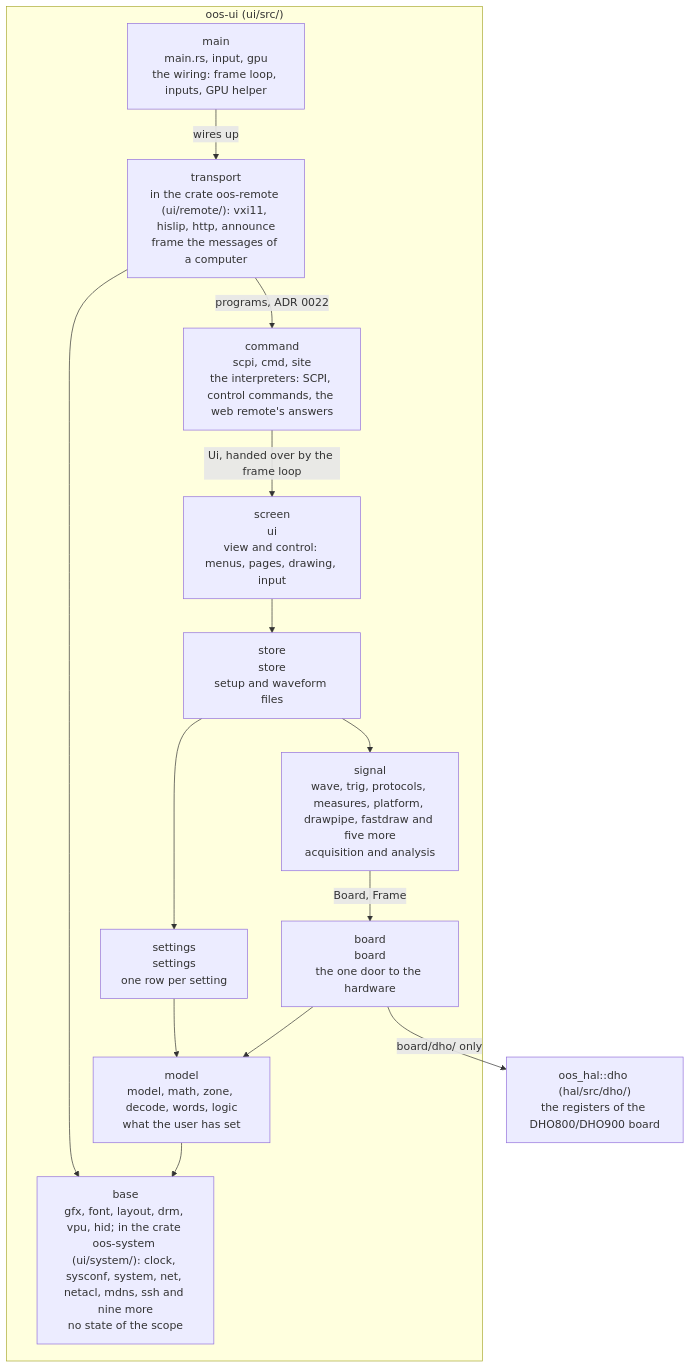
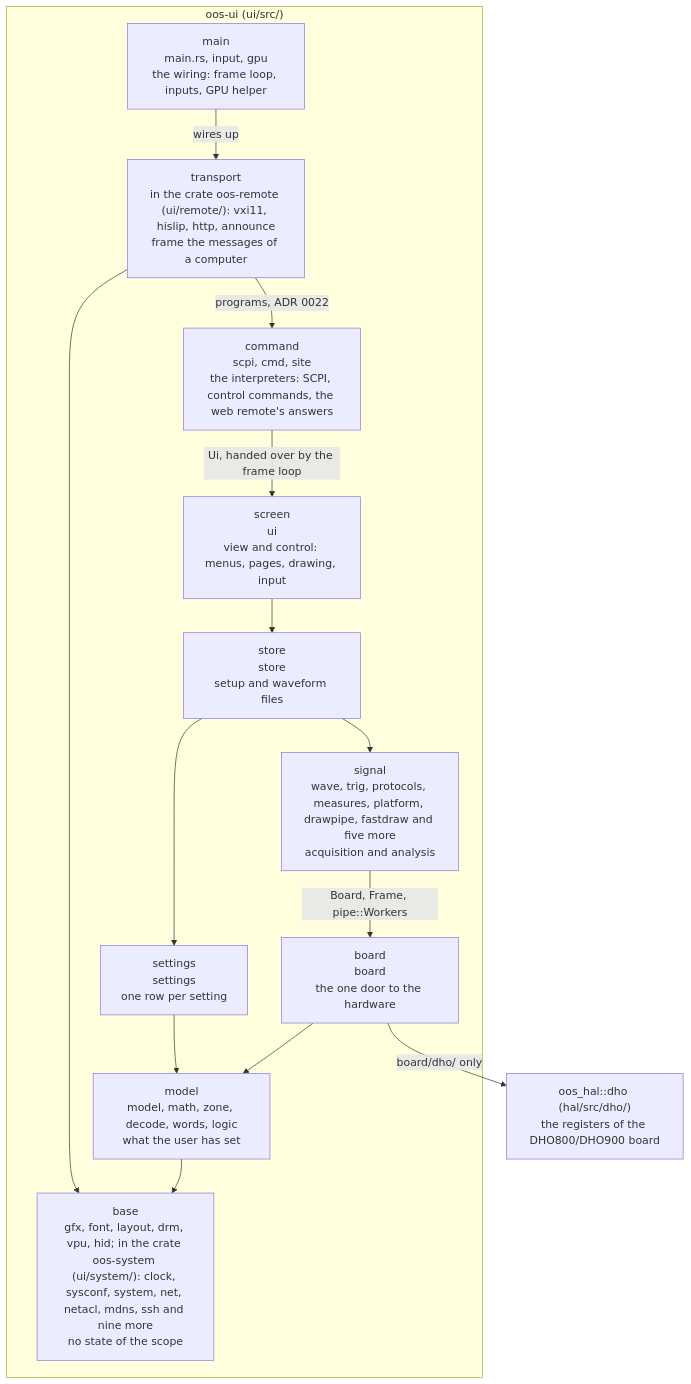
Before and after one commit to deckerjulian/oos: the fourth of 5 diagrams in docs/architecture.md, drawn with Mermaid. The commit also changed other lines of this file and 14 other files, not shown here.

First line of the commit message:
Refactor: the acquisition thread reaches the draw pipeline through what the board declares (board::pipe) (#421)

````diff
--- a/docs/architecture.md
+++ b/docs/architecture.md
@@ -224,28 +224,28 @@
 ```mermaid
 flowchart TB
     subgraph uiL["oos-ui (ui/src/)"]
         main["main<br/>main.rs, input, gpu<br/>the wiring: frame loop, inputs, GPU helper"]
         transport["transport<br/>in the crate oos-remote (ui/remote/): vxi11, hislip, http, announce<br/>frame the messages of a computer"]
         command["command<br/>scpi, cmd, site<br/>the interpreters: SCPI, control commands, the web remote's answers"]
         screen["screen<br/>ui<br/>view and control: menus, pages, drawing, input"]
         store["store<br/>store<br/>setup and waveform files"]
         signal["signal<br/>wave, trig, protocols, measures, platform, drawpipe, fastdraw and five more<br/>acquisition and analysis"]
         settings["settings<br/>settings<br/>one row per setting"]
         board["board<br/>board<br/>the one door to the hardware"]
         model["model<br/>model, math, zone, decode, words, logic<br/>what the user has set"]
         base["base<br/>gfx, font, layout, drm, vpu, hid; in the crate oos-system (ui/system/): clock, sysconf, system, net, netacl, mdns, ssh and nine more<br/>no state of the scope"]
     end
     hal["oos_hal::dho (hal/src/dho/)<br/>the registers of the DHO800/DHO900 board"]
     main -- "wires up" --> transport
     transport -- "programs, ADR 0022" --> command
     transport --> base
     command -- "Ui, handed over by the frame loop" --> screen
     screen --> store
     store --> signal
     store --> settings
-    signal -- "Board, Frame" --> board
+    signal -- "Board, Frame, pipe::Workers" --> board
     settings --> model
     board --> model
     model --> base
     board -- "board/dho/ only" --> hal
 ```
````
